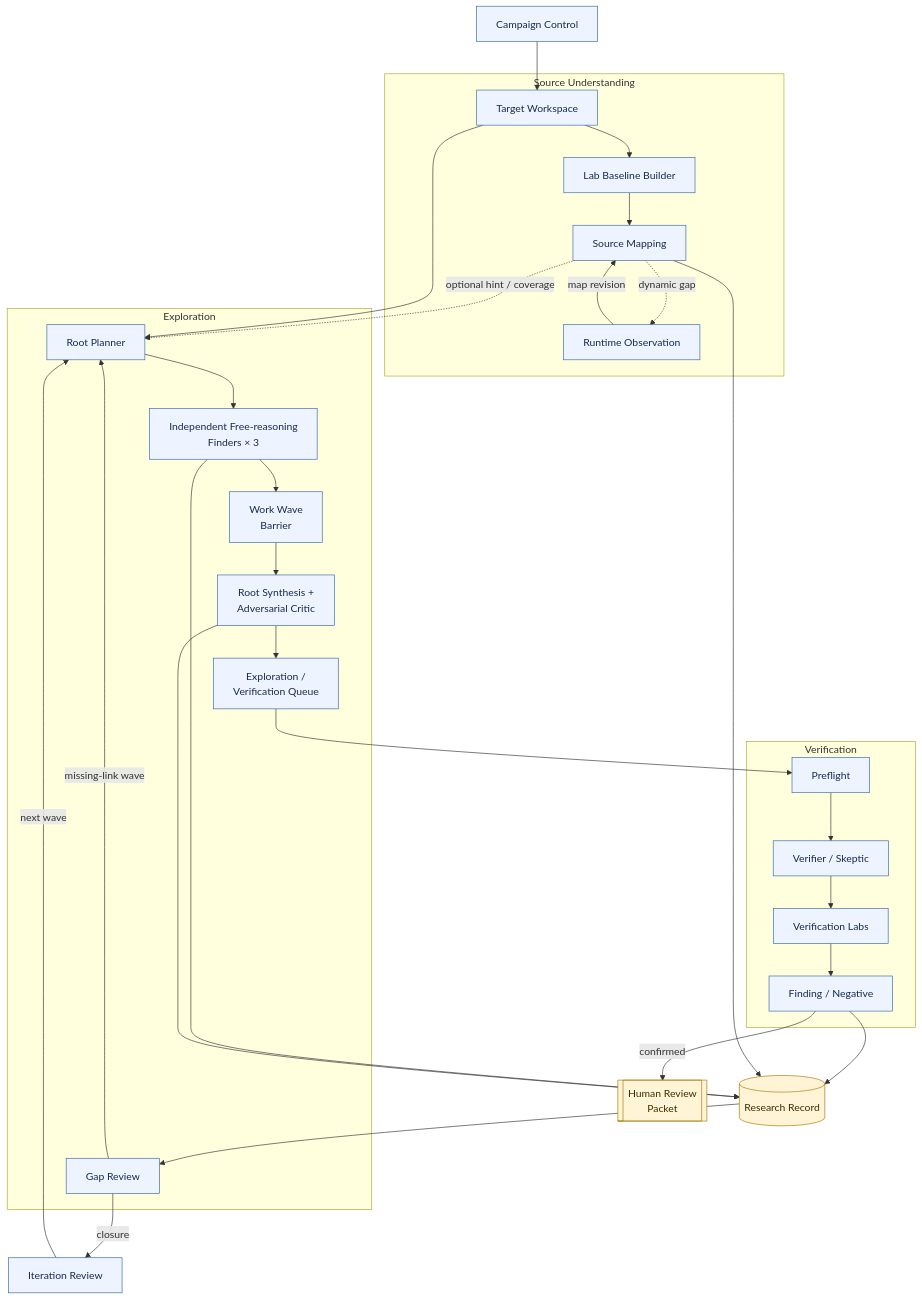
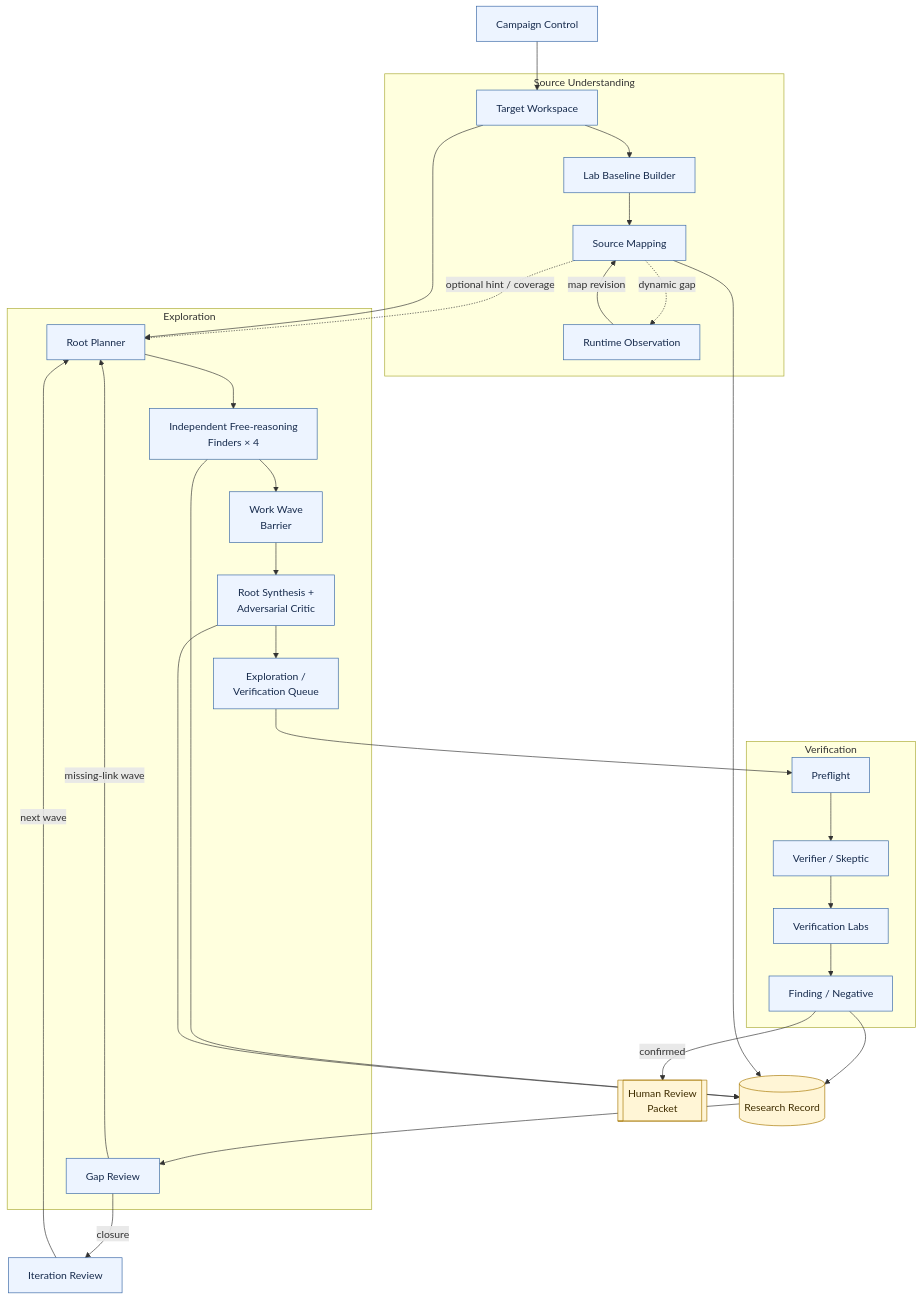
Before and after one commit to momoponwork1415-lgtm/wordpress-harness: the second of 3 diagrams in docs/design/architecture/architecture-overview.md, drawn with Mermaid. The commit also changed other lines of this file and 15 other files, not shown here.

Commit message:
Run four independent finders per depth wave

````diff
--- a/docs/design/architecture/architecture-overview.md
+++ b/docs/design/architecture/architecture-overview.md
@@ -53,55 +53,55 @@
 ```mermaid
 flowchart TB
     campaign["Campaign Control"]
 
     subgraph understanding["Source Understanding"]
         workspace["Target Workspace"]
         baseline["Lab Baseline Builder"]
         mapping["Source Mapping"]
         observation["Runtime Observation"]
         workspace --> baseline --> mapping
         mapping -. "dynamic gap" .-> observation
         observation -->|"map revision"| mapping
     end
 
     subgraph discovery["Exploration"]
         planner["Root Planner"]
-        finders["Independent Free-reasoning<br/>Finders × 3"]
+        finders["Independent Free-reasoning<br/>Finders × 4"]
         barrier["Work Wave<br/>Barrier"]
         chain["Root Synthesis +<br/>Adversarial Critic"]
         queue["Exploration /<br/>Verification Queue"]
         gaps["Gap Review"]
         planner --> finders --> barrier --> chain --> queue
         gaps -->|"missing-link wave"| planner
     end
 
     subgraph proof["Verification"]
         preflight["Preflight"]
         verifier["Verifier / Skeptic"]
         labs["Verification Labs"]
         finding["Finding / Negative"]
         preflight --> verifier --> labs --> finding
     end
 
     record[("Research Record")]
     iteration["Iteration Review"]
     review[["Human Review<br/>Packet"]]
 
     campaign --> workspace
     mapping -. "optional hint / coverage" .-> planner
     workspace --> planner
     queue --> preflight
     finding --> record
     mapping --> record
     finders --> record
     chain --> record
     record --> gaps
     gaps -->|"closure"| iteration
     iteration -->|"next wave"| planner
     finding -->|"confirmed"| review
 
     classDef context fill:#edf4ff,stroke:#3767a6,color:#172b4d;
     classDef durable fill:#fff5d6,stroke:#a87800,color:#3f2d00;
     class campaign,workspace,baseline,mapping,observation,planner,finders,barrier,chain,queue,gaps,preflight,verifier,labs,finding,iteration context;
     class record,review durable;
 ```
````
